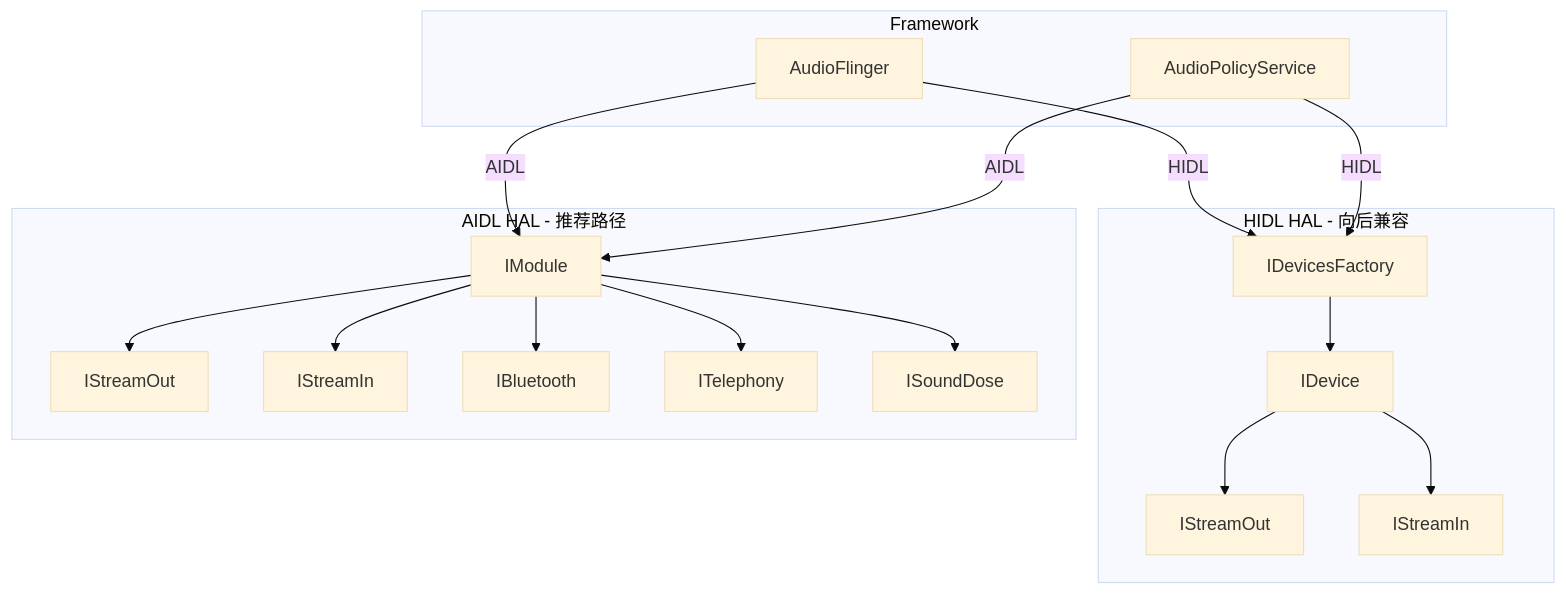
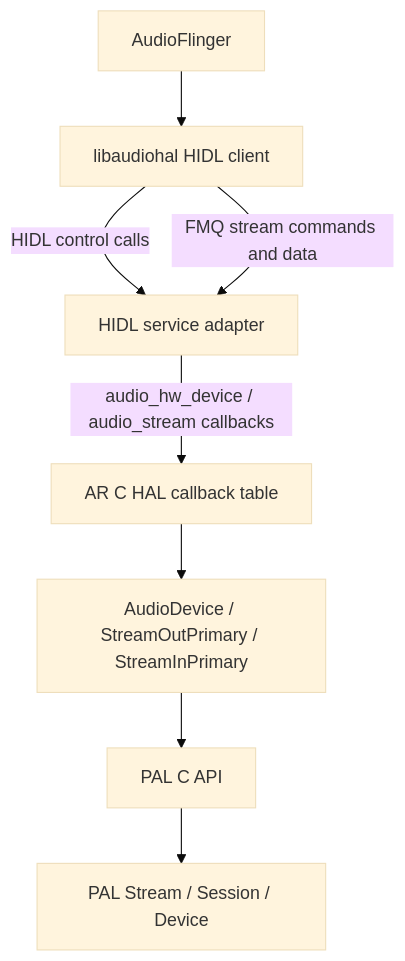
The first of 4 diagrams in 08_HAL_Layer/08_8.1_Audio_HAL双轨架构.md (yanglinzhen1022/SA8295_AAOS_QNX_Audio_KnowledgeBase), drawn with Mermaid (base theme) before and after one commit. The commit also changed other lines of this file and 8 other files, not shown here.

Commit message:
docs: rebuild HAL-to-PAL learning sample from local AudioReach source

````diff
--- a/08_HAL_Layer/08_8.1_Audio_HAL双轨架构.md
+++ b/08_HAL_Layer/08_8.1_Audio_HAL双轨架构.md
@@ -11,33 +24,17 @@
 ```mermaid
-graph TB
-    subgraph Framework
-        AF[AudioFlinger]
-        APS[AudioPolicyService]
-    end
-    subgraph HIDL[HIDL HAL - 向后兼容]
-        DF_H[IDevicesFactory]
-        DEV_H[IDevice]
-        SO_H[IStreamOut]
-        SI_H[IStreamIn]
-        DF_H --> DEV_H
-        DEV_H --> SO_H
-        DEV_H --> SI_H
-    end
-    subgraph AIDL[AIDL HAL - 推荐路径]
-        IM[IModule]
-        SO_A[IStreamOut]
-        SI_A[IStreamIn]
-        BT[IBluetooth]
-        TEL[ITelephony]
-        SD[ISoundDose]
-        IM --> SO_A
-        IM --> SI_A
-        IM --> BT
-        IM --> TEL
-        IM --> SD
-    end
-    AF -->|HIDL| DF_H
-    AF -->|AIDL| IM
-    APS -->|HIDL| DF_H
-    APS -->|AIDL| IM
+flowchart TB
+    AF[AudioFlinger]
+    LH[libaudiohal HIDL client]
+    HA[HIDL service adapter]
+    CH[AR C HAL callback table]
+    AD[AudioDevice / StreamOutPrimary / StreamInPrimary]
+    PA[PAL C API]
+    PS[PAL Stream / Session / Device]
+    AF --> LH
+    LH -->|HIDL control calls| HA
+    LH -->|FMQ stream commands and data| HA
+    HA -->|audio_hw_device / audio_stream callbacks| CH
+    CH --> AD
+    AD --> PA
+    PA --> PS
 ```
````
